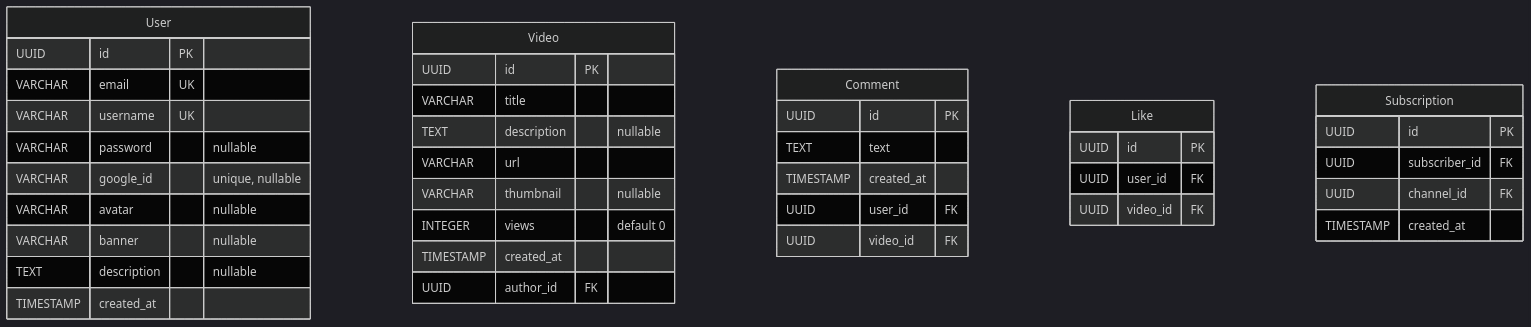
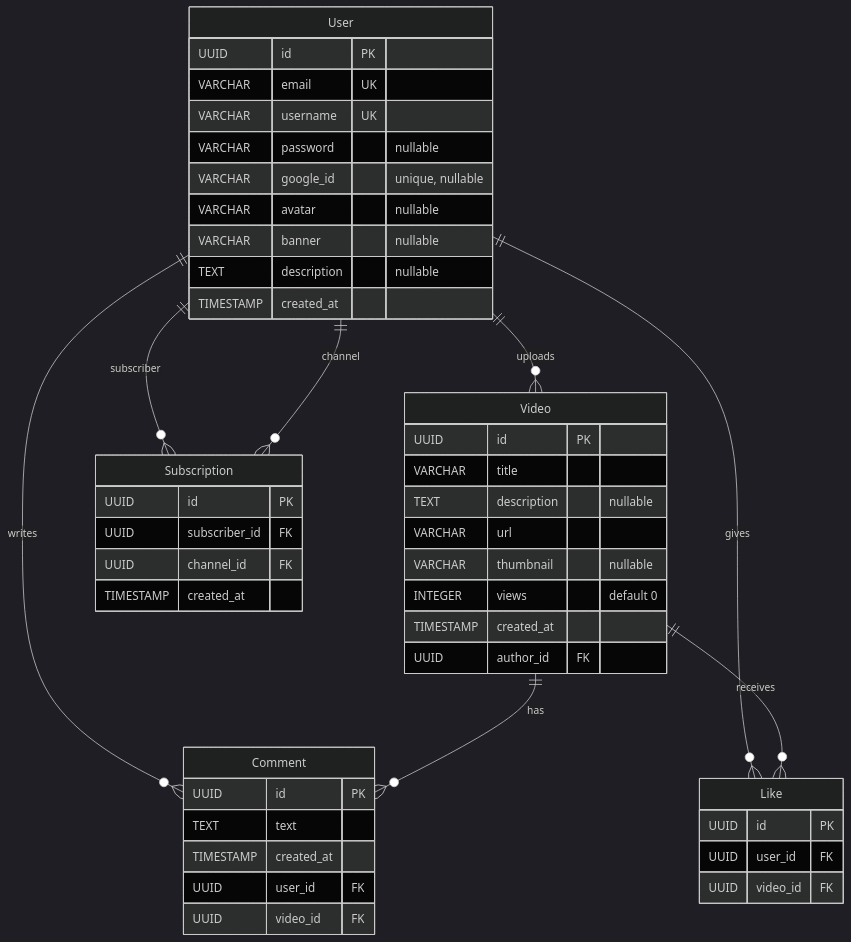
The diagram in MyWork/Lab_1/er_diagram.mmd (ezpectus/db-labs), drawn with Mermaid (dark theme) before and after one commit. The commit also changed 1 other file, not shown here.

```diff
--- a/MyWork/Lab_1/er_diagram.mmd
+++ b/MyWork/Lab_1/er_diagram.mmd
@@ -1,45 +1,52 @@
 erDiagram
+    User ||--o{ Video : "uploads"
+    User ||--o{ Comment : "writes"
+    Video ||--o{ Comment : "has"
+    User ||--o{ Like : "gives"
+    Video ||--o{ Like : "receives"
+    User ||--o{ Subscription : "subscriber"
+    User ||--o{ Subscription : "channel"
 
     User {
         UUID id PK
         VARCHAR email UK
         VARCHAR username UK
         VARCHAR password "nullable"
         VARCHAR google_id "unique, nullable"
         VARCHAR avatar "nullable"
         VARCHAR banner "nullable"
         TEXT description "nullable"
         TIMESTAMP created_at
     }
 
     Video {
         UUID id PK
         VARCHAR title
         TEXT description "nullable"
         VARCHAR url
         VARCHAR thumbnail "nullable"
         INTEGER views "default 0"
         TIMESTAMP created_at
         UUID author_id FK
     }
 
     Comment {
         UUID id PK
         TEXT text
         TIMESTAMP created_at
         UUID user_id FK
         UUID video_id FK
     }
 
     Like {
         UUID id PK
         UUID user_id FK
         UUID video_id FK
     }
 
     Subscription {
         UUID id PK
         UUID subscriber_id FK
         UUID channel_id FK
         TIMESTAMP created_at
     }
```
